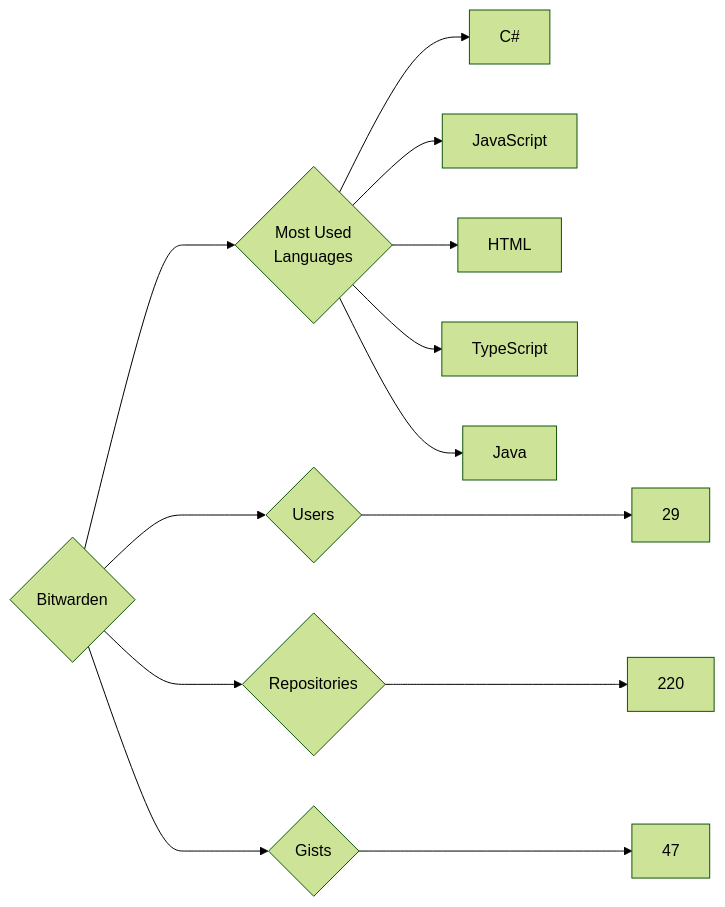
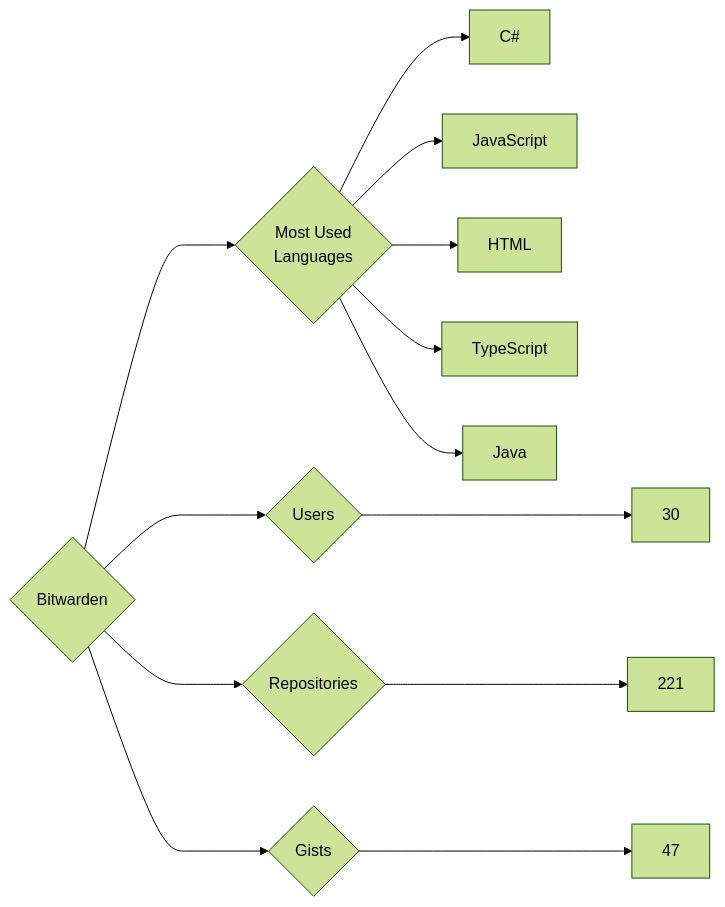
One commit to trickest/insiders changed the diagram in targets/Bitwarden/README.md. Above: the diagram before and after it, drawn with Mermaid (forest theme). The commit also changed 748 other files, not shown here.

````diff
--- a/targets/Bitwarden/README.md
+++ b/targets/Bitwarden/README.md
@@ -3,13 +3,13 @@
 ```mermaid
 graph LR
 COMPANY_NAME{Bitwarden}
-COMPANY_NAME ---> U{Users} ---> UN[29]
-COMPANY_NAME ---> R{Repositories} ---> RN[220]
+COMPANY_NAME ---> U{Users} ---> UN[30]
+COMPANY_NAME ---> R{Repositories} ---> RN[221]
 COMPANY_NAME ---> G{Gists} ---> GN[47]
 COMPANY_NAME ---> ML{Most Used<br>Languages}
 ML --> C#[C#]
 ML --> JavaScript[JavaScript]
 ML --> HTML[HTML]
 ML --> TypeScript[TypeScript]
 ML --> Java[Java]
 ```
````
